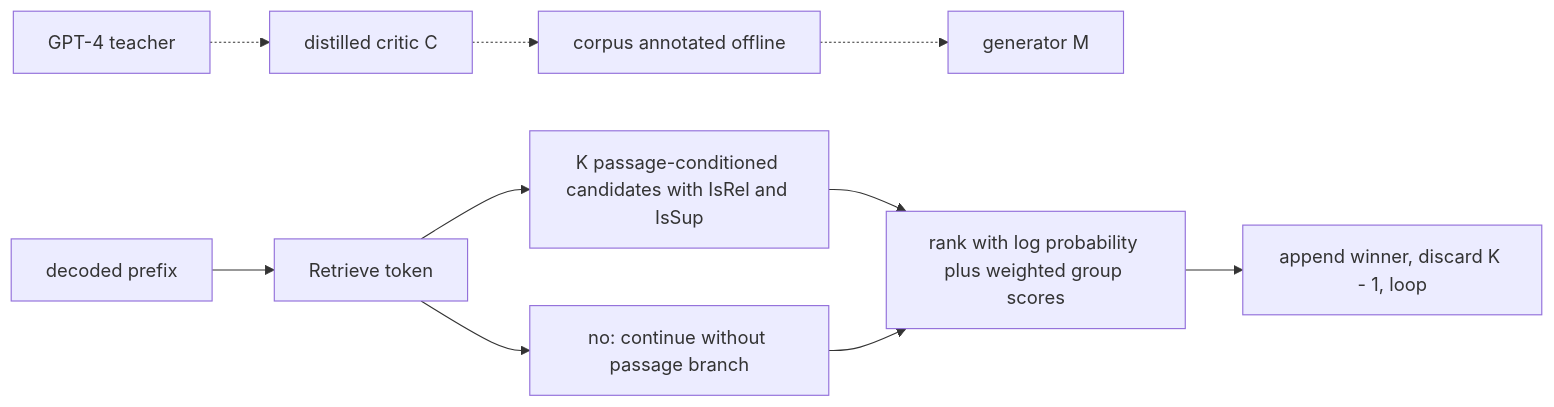
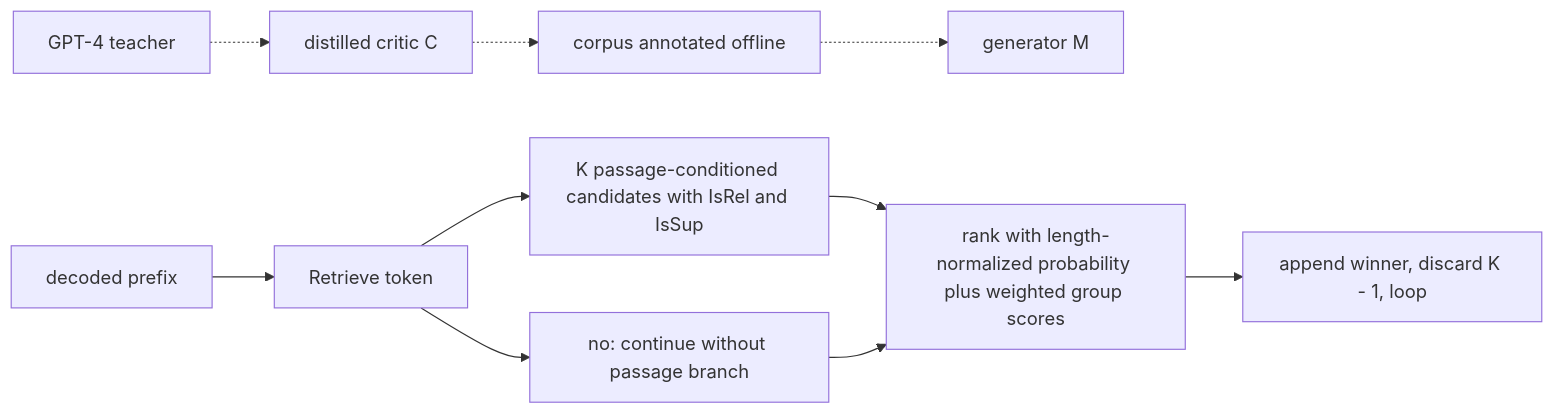
Before and after one commit to arunshar/rag-interview-chapters: the sixth of 9 diagrams in chapters/26_iterative_recursive_and_agentic_retrieval.md, drawn with Mermaid. The commit also changed other lines of this file and 132 other files, not shown here.

````diff
--- a/chapters/26_iterative_recursive_and_agentic_retrieval.md
+++ b/chapters/26_iterative_recursive_and_agentic_retrieval.md
@@ -800,6 +800,6 @@
 ```mermaid
 flowchart LR
 teacher["GPT-4 teacher"] -.-> critic["distilled critic C"] -.-> corpus["corpus annotated offline"] -.-> model["generator M"]
-prefix["decoded prefix"] --> retrieve["Retrieve token"] --> branches["K passage-conditioned candidates with IsRel and IsSup"] --> rank["rank with log probability plus weighted group scores"] --> win["append winner, discard K - 1, loop"]
+prefix["decoded prefix"] --> retrieve["Retrieve token"] --> branches["K passage-conditioned candidates with IsRel and IsSup"] --> rank["rank with length-normalized probability plus weighted group scores"] --> win["append winner, discard K - 1, loop"]
 retrieve --> skip["no: continue without passage branch"] --> rank
 ```
````
